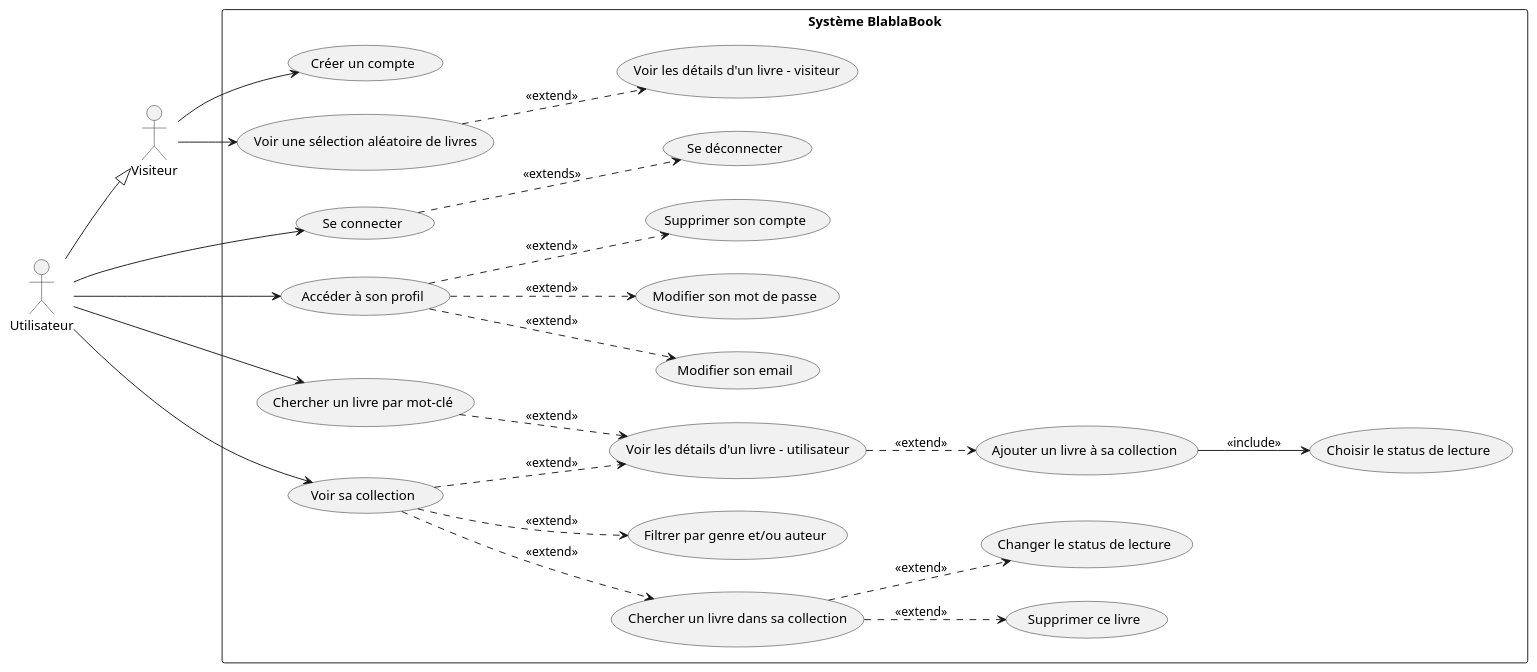
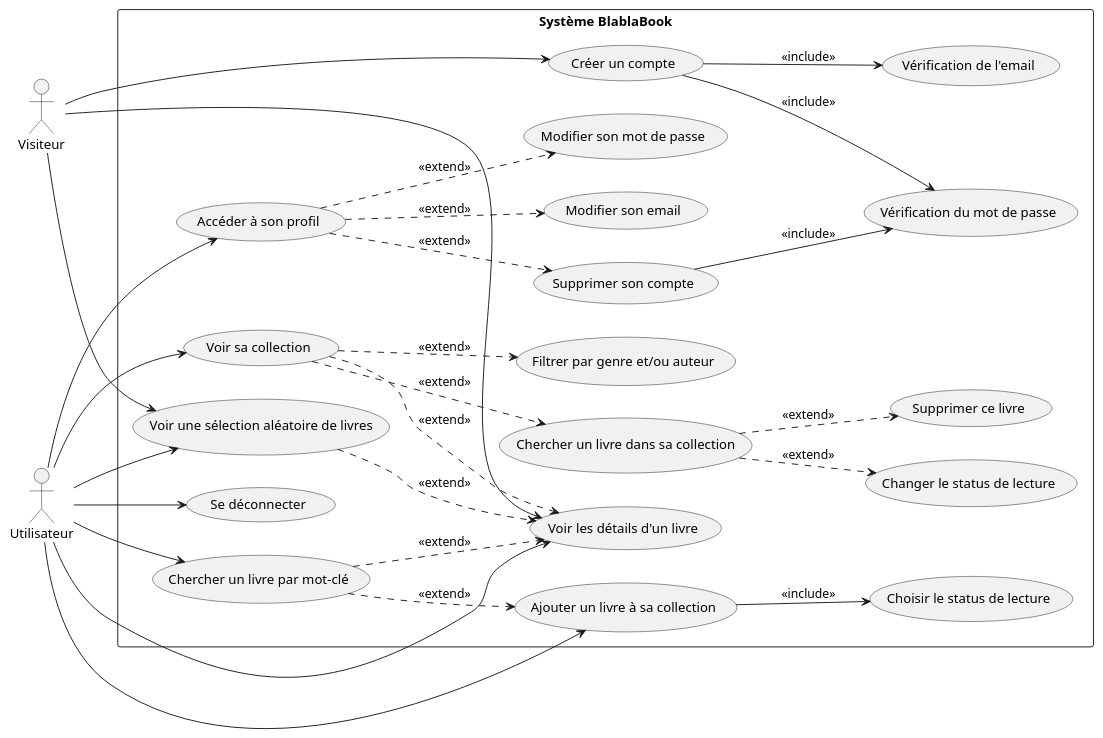
The diagram in docs/sprint 0/16.use-cases.puml (opheliecuny/BlaBlaBook), drawn with PlantUML before and after one commit. The commit also changed 69 other files, not shown here.

First line of the commit message:
Résolution des conflits avec la branche feature/sprint0-diagramme-activite (#48)

```diff
--- a/docs/sprint 0/16.use-cases.puml
+++ b/docs/sprint 0/16.use-cases.puml
@@ -1,39 +1,45 @@
 @startuml
 left to right direction
 
-actor Visiteur as V
-actor Utilisateur as U
-U --|> V
+actor Visiteur
+actor Utilisateur
 
 rectangle "Système BlablaBook" {
 
-V --> (Créer un compte)
+Visiteur --> (Créer un compte)
+(Créer un compte) --> (Vérification de l'email) : <<include>>
+(Créer un compte) --> (Vérification du mot de passe) : <<include>>
 
-V --> (Voir une sélection aléatoire de livres)
+Visiteur --> (Voir une sélection aléatoire de livres)
 
-U --> (Se connecter) 
-(Se connecter)..> (Se déconnecter) : <<extends>>
+Utilisateur --> (Se déconnecter)
 
-U --> (Accéder à son profil)
+Utilisateur --> (Accéder à son profil)
 (Accéder à son profil) ..> (Modifier son email) : <<extend>>
 (Accéder à son profil) ..> (Modifier son mot de passe) : <<extend>>
 (Accéder à son profil) ..> (Supprimer son compte) : <<extend>>
-(Supprimer son compte)
+(Supprimer son compte) --> (Vérification du mot de passe) : <<include>>
+
+Utilisateur --> (Voir une sélection aléatoire de livres)
+Utilisateur --> (Ajouter un livre à sa collection)
 
 (Ajouter un livre à sa collection) --> (Choisir le status de lecture) : <<include>>
 
-U --> (Chercher un livre par mot-clé)
+Utilisateur --> (Chercher un livre par mot-clé)
+(Chercher un livre par mot-clé) ..> (Ajouter un livre à sa collection) : <<extend>>
 
-U --> (Voir sa collection)
+Utilisateur --> (Voir sa collection)
 (Voir sa collection) ..> (Chercher un livre dans sa collection) : <<extend>>
 (Chercher un livre dans sa collection) ..> (Supprimer ce livre) : <<extend>>
 (Chercher un livre dans sa collection) ..> (Changer le status de lecture) : <<extend>>
 (Voir sa collection) ..> (Filtrer par genre et/ou auteur) : <<extend>>
 
-(Voir une sélection aléatoire de livres) ..> (Voir les détails d'un livre - visiteur) : <<extend>>
-(Chercher un livre par mot-clé) ..> (Voir les détails d'un livre - utilisateur) : <<extend>>
-(Voir sa collection) ..> (Voir les détails d'un livre - utilisateur) : <<extend>>
+Visiteur --> (Voir les détails d'un livre)
+Utilisateur --> (Voir les détails d'un livre)
 
-(Voir les détails d'un livre - utilisateur) ..> (Ajouter un livre à sa collection) : <<extend>>
+(Voir une sélection aléatoire de livres) ..> (Voir les détails d'un livre) : <<extend>>
+(Chercher un livre par mot-clé) ..> (Voir les détails d'un livre) : <<extend>>
+(Voir sa collection) ..> (Voir les détails d'un livre) : <<extend>>
+
 }
 @enduml
```
